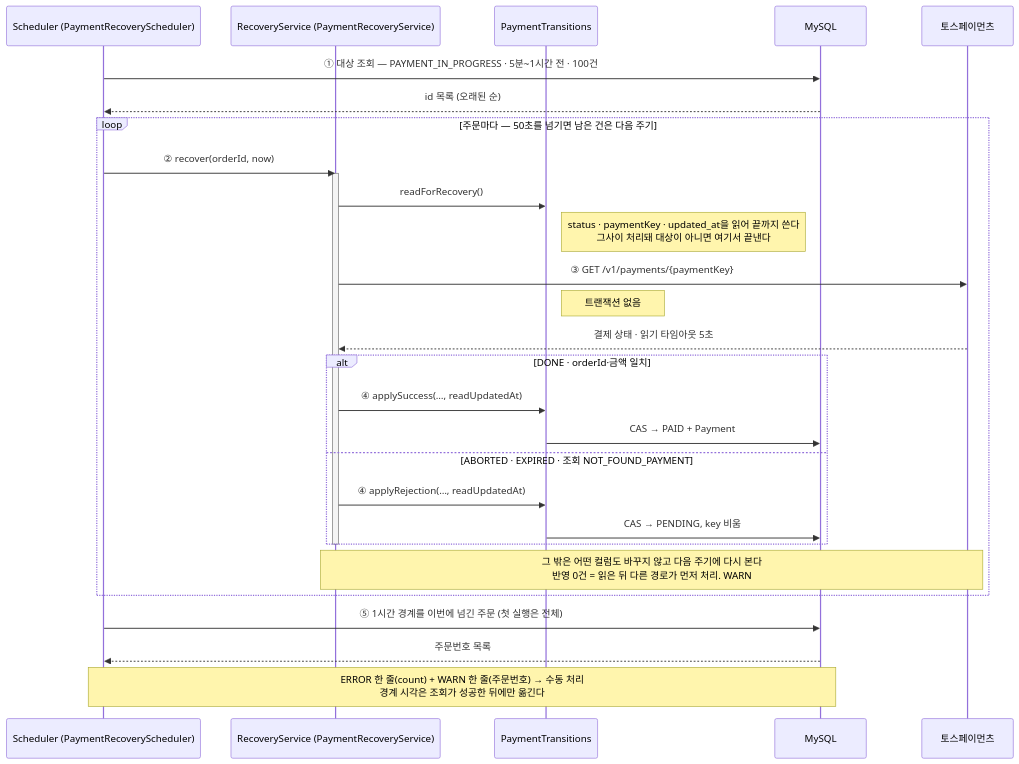
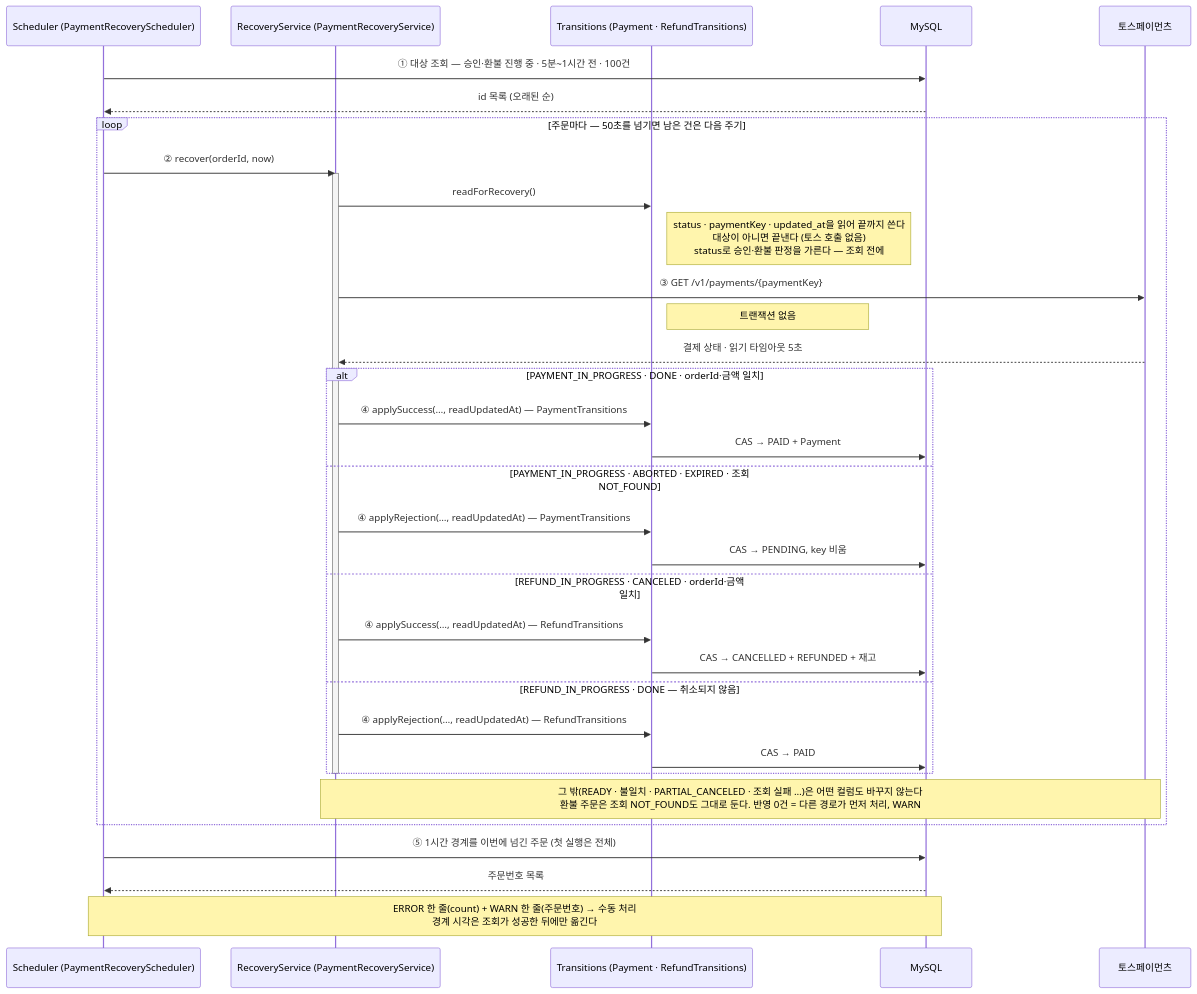
Before and after one commit to ComeUs-HUB/ComeUs-Server: the diagram in docs/diagrams/purchase/seq-payment-recovery.md, drawn with Mermaid. The commit also changed other lines of this file and 6 other files, not shown here.

````diff
--- a/docs/diagrams/purchase/seq-payment-recovery.md
+++ b/docs/diagrams/purchase/seq-payment-recovery.md
@@ -14,32 +14,38 @@
 ```mermaid
 sequenceDiagram
     participant J as Scheduler (PaymentRecoveryScheduler)
     participant S as RecoveryService (PaymentRecoveryService)
-    participant X as PaymentTransitions
+    participant X as Transitions (Payment · RefundTransitions)
     participant M as MySQL
     participant T as 토스페이먼츠
 
-    J->>M: ① 대상 조회 — PAYMENT_IN_PROGRESS · 5분~1시간 전 · 100건
+    J->>M: ① 대상 조회 — 승인·환불 진행 중 · 5분~1시간 전 · 100건
     M-->>J: id 목록 (오래된 순)
     loop 주문마다 — 50초를 넘기면 남은 건은 다음 주기
         J->>S: ② recover(orderId, now)
         activate S
         S->>X: readForRecovery()
-        Note right of X: status · paymentKey · updated_at을 읽어 끝까지 쓴다<br/>그사이 처리돼 대상이 아니면 여기서 끝낸다
+        Note right of X: status · paymentKey · updated_at을 읽어 끝까지 쓴다<br/>대상이 아니면 끝낸다 (토스 호출 없음)<br/>status로 승인·환불 판정을 가른다 — 조회 전에
         S->>T: ③ GET /v1/payments/{paymentKey}
         Note right of X: 트랜잭션 없음
         T-->>S: 결제 상태 · 읽기 타임아웃 5초
-        alt DONE · orderId·금액 일치
-            S->>X: ④ applySuccess(…, readUpdatedAt)
+        alt PAYMENT_IN_PROGRESS · DONE · orderId·금액 일치
+            S->>X: ④ applySuccess(…, readUpdatedAt) — PaymentTransitions
             X->>M: CAS → PAID + Payment
-        else ABORTED · EXPIRED · 조회 NOT_FOUND_PAYMENT
-            S->>X: ④ applyRejection(…, readUpdatedAt)
+        else PAYMENT_IN_PROGRESS · ABORTED · EXPIRED · 조회 NOT_FOUND
+            S->>X: ④ applyRejection(…, readUpdatedAt) — PaymentTransitions
             X->>M: CAS → PENDING, key 비움
+        else REFUND_IN_PROGRESS · CANCELED · orderId·금액 일치
+            S->>X: ④ applySuccess(…, readUpdatedAt) — RefundTransitions
+            X->>M: CAS → CANCELLED + REFUNDED + 재고
+        else REFUND_IN_PROGRESS · DONE — 취소되지 않음
+            S->>X: ④ applyRejection(…, readUpdatedAt) — RefundTransitions
+            X->>M: CAS → PAID
         end
         deactivate S
-        Note over S,T: 그 밖은 어떤 컬럼도 바꾸지 않고 다음 주기에 다시 본다<br/>반영 0건 = 읽은 뒤 다른 경로가 먼저 처리. WARN
+        Note over S,T: 그 밖(READY · 불일치 · PARTIAL_CANCELED · 조회 실패 …)은 어떤 컬럼도 바꾸지 않는다<br/>환불 주문은 조회 NOT_FOUND도 그대로 둔다. 반영 0건 = 다른 경로가 먼저 처리, WARN
     end
     J->>M: ⑤ 1시간 경계를 이번에 넘긴 주문 (첫 실행은 전체)
     M-->>J: 주문번호 목록
     Note over J,M: ERROR 한 줄(count) + WARN 한 줄(주문번호) → 수동 처리<br/>경계 시각은 조회가 성공한 뒤에만 옮긴다
 ```
````
